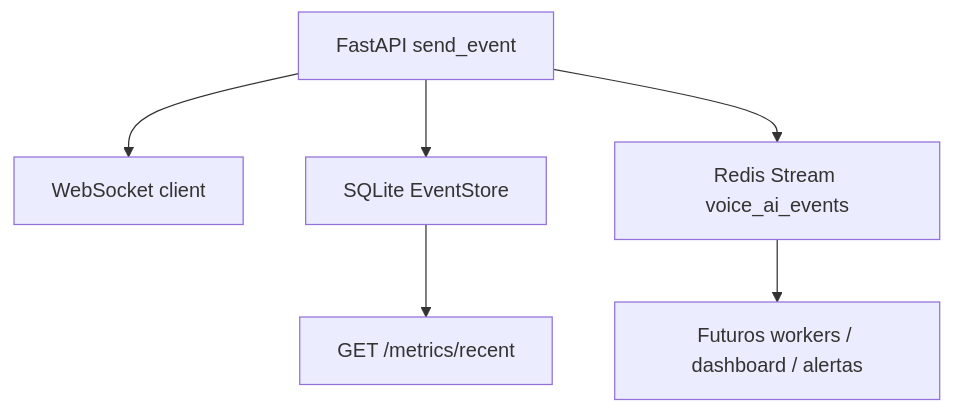
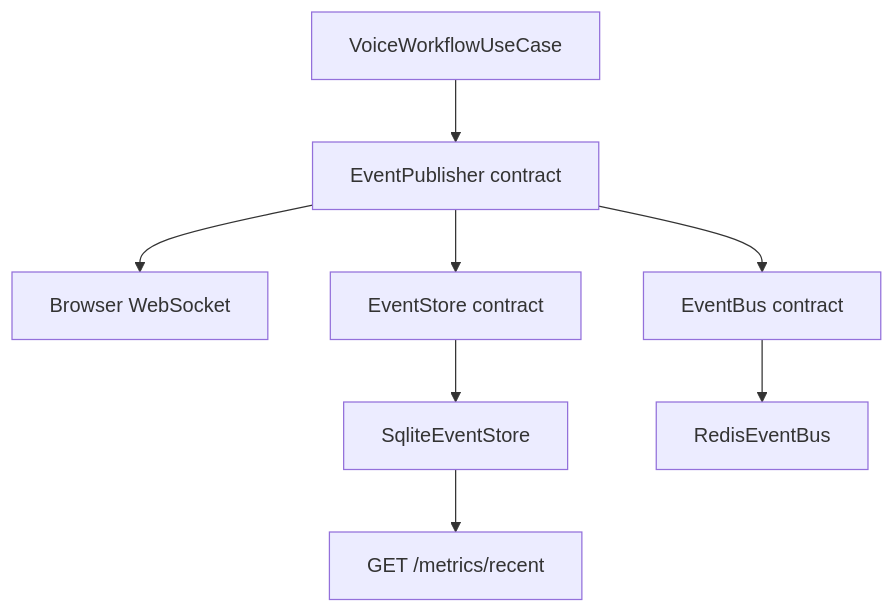
One commit to erdrako/voice-ai-streaming-trainer changed the sixth of 6 diagrams in docs/diagrams.md. Above: the diagram before and after it, drawn with Mermaid. The commit also changed other lines of this file and 57 other files, not shown here.

Commit message:
Refactor into layered training architecture

````diff
--- a/docs/diagrams.md
+++ b/docs/diagrams.md
@@ -123,8 +94,10 @@
 ```mermaid
 flowchart TD
-    API["FastAPI send_event"] --> Client["WebSocket client"]
-    API --> Store["SQLite EventStore"]
-    API --> Bus["Redis Stream voice_ai_events"]
-    Store --> Recent["GET /metrics/recent"]
-    Bus --> Future["Futuros workers / dashboard / alertas"]
+    UseCase["VoiceWorkflowUseCase"] --> Publisher["EventPublisher contract"]
+    Publisher --> WebSocket["Browser WebSocket"]
+    Publisher --> Store["EventStore contract"]
+    Publisher --> Bus["EventBus contract"]
+    Store --> SQLite["SqliteEventStore"]
+    Bus --> Redis["RedisEventBus"]
+    SQLite --> Recent["GET /metrics/recent"]
 ```
````
